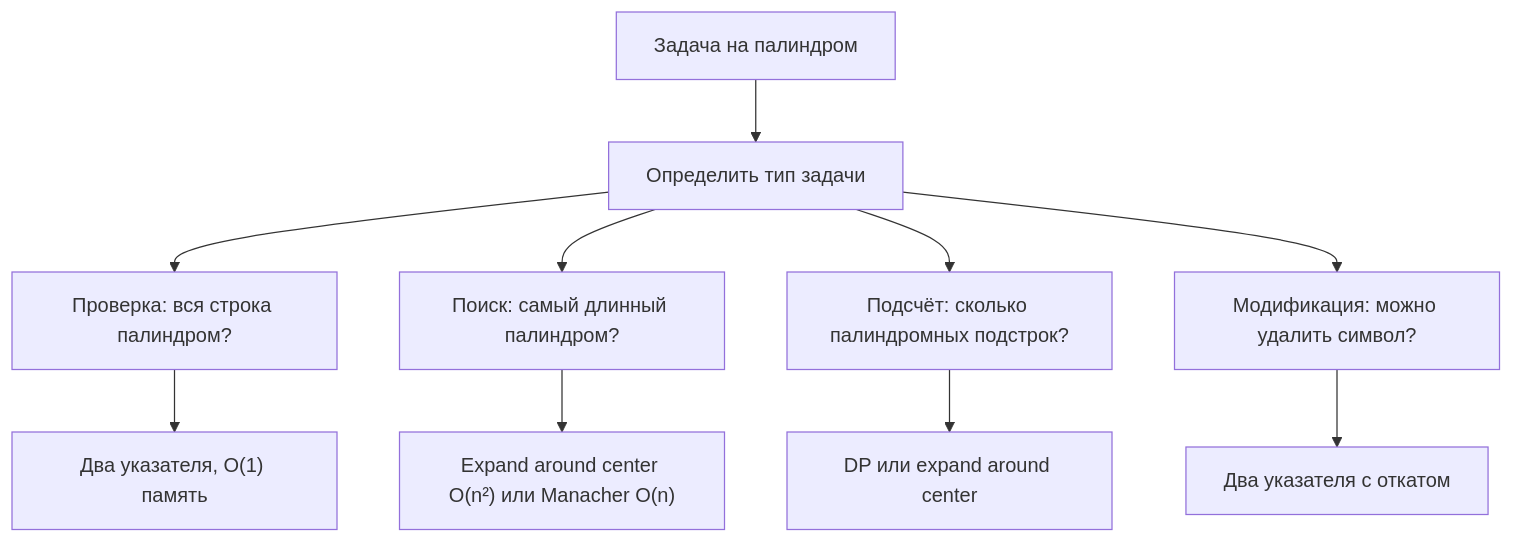
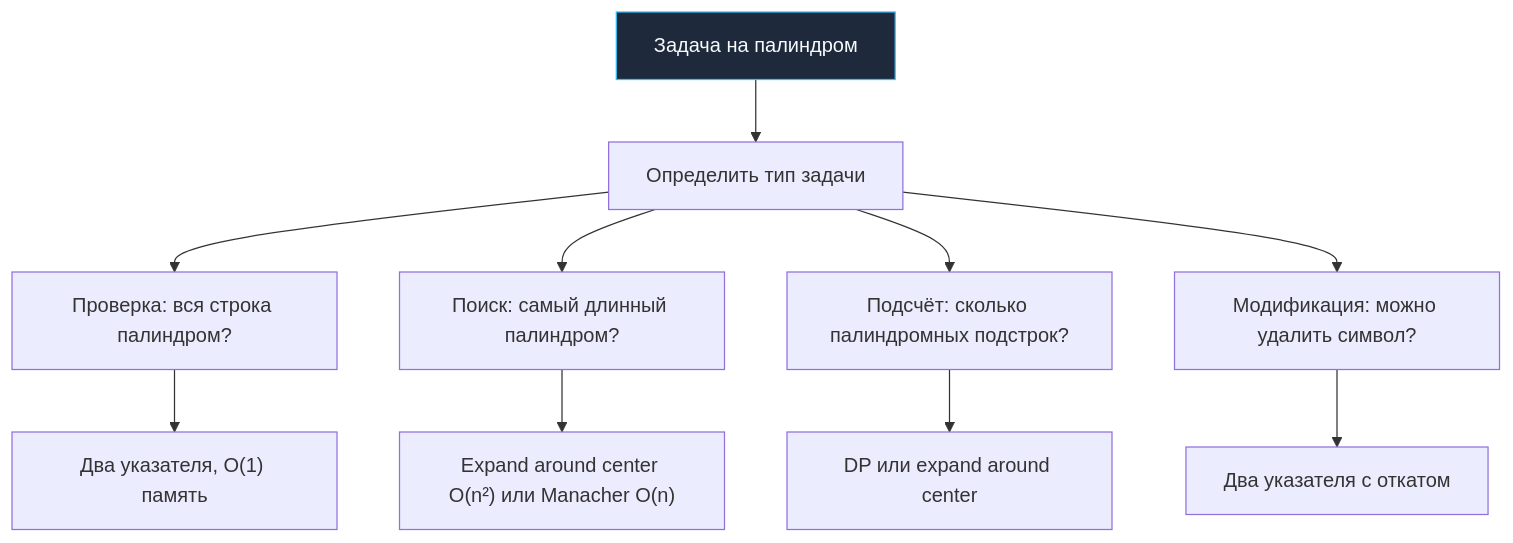
Before and after one commit to UnrealTemplier/go-textbook: the first of 3 diagrams in sources/21. Задачи с LeetCode и собеседований на Go/02. Задачи/25. Строки/2. Палиндромы.md, drawn with Mermaid. The commit also changed other lines of this file and 1666 other files, not shown here.

First line of the commit message:
feat(mermaid): add semantic color classDef to 1369 colorless flowchart/graph diagrams

````diff
--- a/sources/21. Задачи с LeetCode и собеседований на Go/02. Задачи/25. Строки/2. Палиндромы.md
+++ b/sources/21. Задачи с LeetCode и собеседований на Go/02. Задачи/25. Строки/2. Палиндромы.md
@@ -5,12 +5,22 @@
 ```mermaid
 flowchart TD
-    A["Задача на палиндром"] --> B["Определить тип задачи"]
+    classDef process  fill:#1e293b,stroke:#38bdf8,stroke-width:1px,color:#f8fafc
+    classDef success  fill:#064e3b,stroke:#34d399,stroke-width:1px,color:#f8fafc
+    classDef error    fill:#7f1d1d,stroke:#f87171,stroke-width:1px,color:#f8fafc
+    classDef warning  fill:#78350f,stroke:#fbbf24,stroke-width:1px,color:#f8fafc
+    classDef entry    fill:#1e3a5f,stroke:#38bdf8,stroke-width:2px,color:#f8fafc
+    classDef aux      fill:#334155,stroke:#64748b,stroke-width:1px,color:#f8fafc
+    classDef system   fill:#312e81,stroke:#a78bfa,stroke-width:1px,color:#f8fafc
+    classDef data     fill:#132d29,stroke:#2dd4bf,stroke-width:1px,color:#f8fafc
+    classDef network  fill:#881337,stroke:#fb7185,stroke-width:1px,color:#f8fafc
+    classDef accent   fill:#1e1b4b,stroke:#818cf8,stroke-width:1px,color:#f8fafc
+    A["Задача на палиндром"]:::process --> B["Определить тип задачи"]
     B --> C["Проверка: вся строка палиндром?"]
     B --> D["Поиск: самый длинный палиндром?"]
     B --> E["Подсчёт: сколько палиндромных подстрок?"]
     B --> F["Модификация: можно удалить символ?"]
     C --> G["Два указателя, O(1) память"]
     D --> H["Expand around center O(n²) или Manacher O(n)"]
     E --> I["DP или expand around center"]
     F --> J["Два указателя с откатом"]
 ```
````
